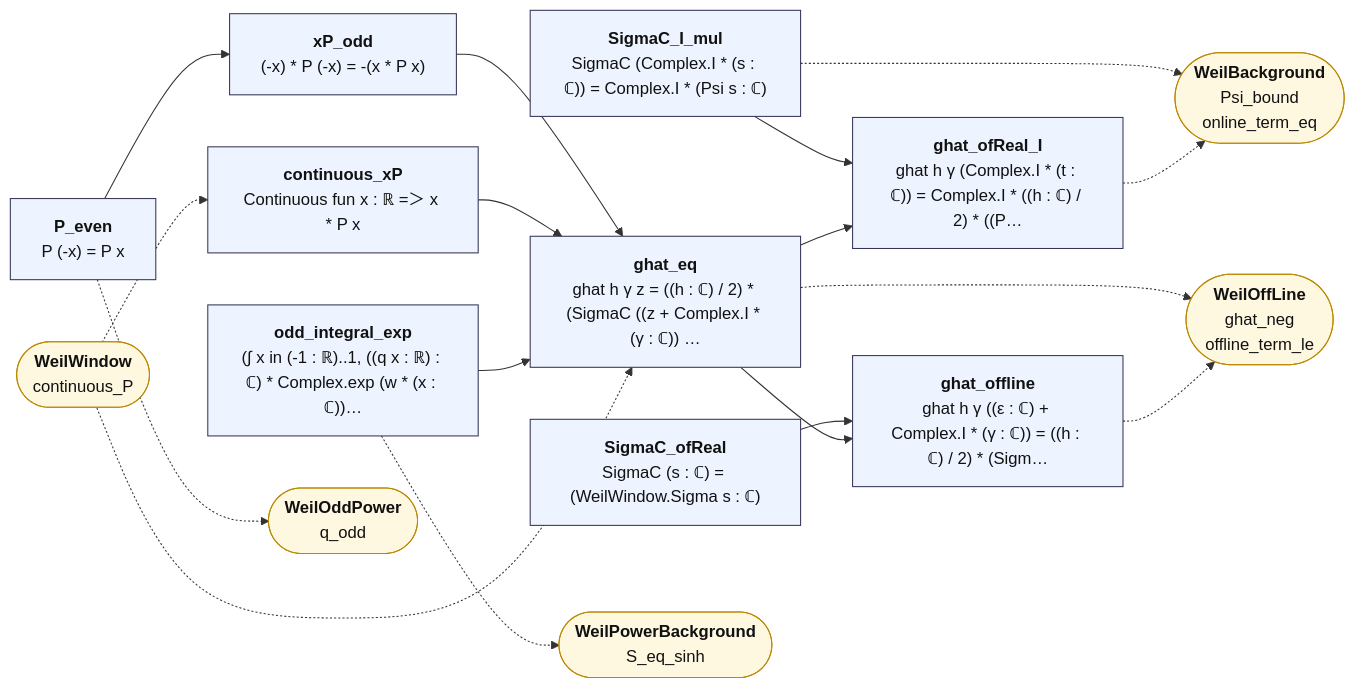
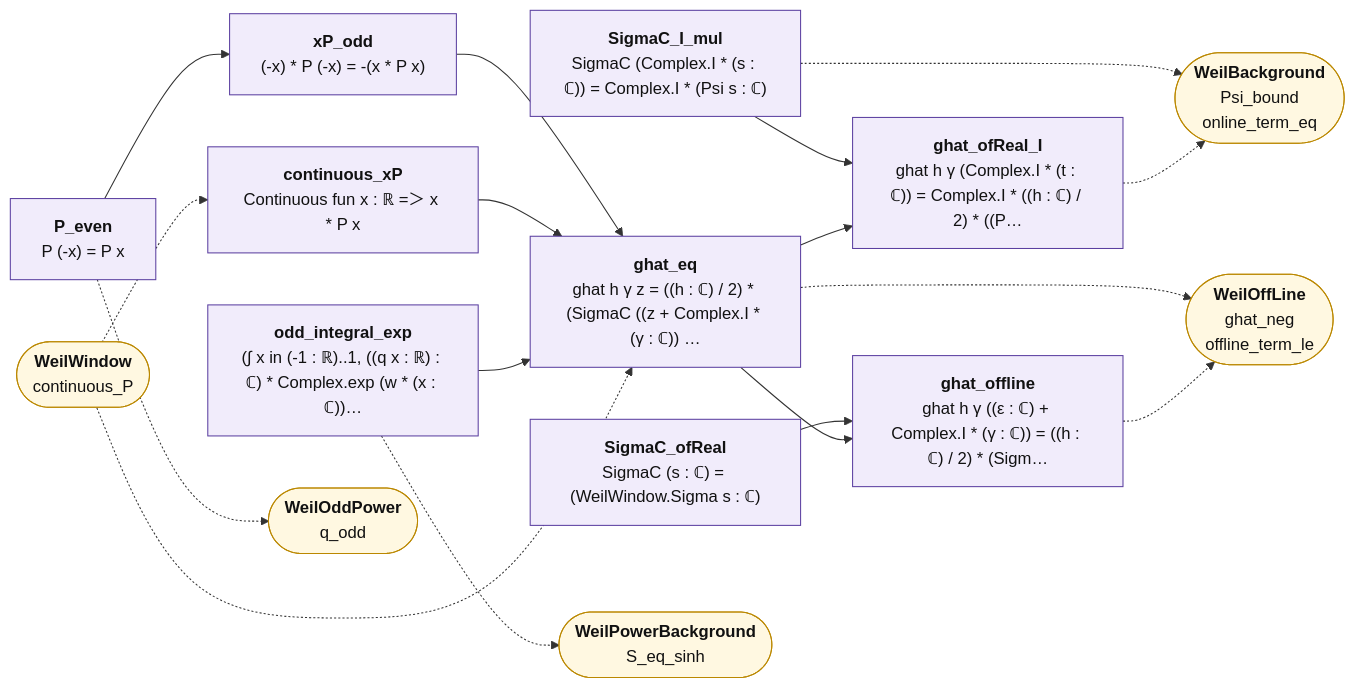
One commit to juliansambranojr/Primebeat_081426 changed the diagram in map/lean_stage3/WeilTransform.md. Above: the diagram before and after it, drawn with Mermaid. The commit also changed other lines of this file and 398 other files, not shown here.

````diff
--- a/map/lean_stage3/WeilTransform.md
+++ b/map/lean_stage3/WeilTransform.md
@@ -12,38 +12,41 @@
 ```mermaid
 flowchart LR
-  n0["<b>P_even</b><br/>P (-x) = P x"]:::thm
-  n1["<b>xP_odd</b><br/>(-x) * P (-x) = -(x * P x)"]:::thm
-  n2["<b>continuous_xP</b><br/>Continuous fun x : ℝ =＞ x * P x"]:::thm
-  n3["<b>SigmaC_ofReal</b><br/>SigmaC (s : ℂ) = (WeilWindow.Sigma s : ℂ)"]:::thm
-  n4["<b>SigmaC_I_mul</b><br/>SigmaC (Complex.I * (s : ℂ)) = Complex.I * (Psi s : ℂ)"]:::thm
-  n5["<b>odd_integral_exp</b><br/>(∫ x in (-1 : ℝ)..1, ((q x : ℝ) : ℂ) * Complex.exp (w * (x : ℂ))…"]:::thm
-  n6["<b>ghat_eq</b><br/>ghat h γ z = ((h : ℂ) / 2) * (SigmaC ((z + Complex.I * (γ : ℂ)) …"]:::thm
-  n7["<b>ghat_ofReal_I</b><br/>ghat h γ (Complex.I * (t : ℂ)) = Complex.I * ((h : ℂ) / 2) * ((P…"]:::thm
-  n8["<b>ghat_offline</b><br/>ghat h γ ((ε : ℂ) + Complex.I * (γ : ℂ)) = ((h : ℂ) / 2) * (Sigm…"]:::thm
+  n0["<b>P_even</b><br/>P (-x) = P x"]:::shp
+  n1["<b>xP_odd</b><br/>(-x) * P (-x) = -(x * P x)"]:::shp
+  n2["<b>continuous_xP</b><br/>Continuous fun x : ℝ =＞ x * P x"]:::shp
+  n3["<b>SigmaC_ofReal</b><br/>SigmaC (s : ℂ) = (WeilWindow.Sigma s : ℂ)"]:::shp
+  n4["<b>SigmaC_I_mul</b><br/>SigmaC (Complex.I * (s : ℂ)) = Complex.I * (Psi s : ℂ)"]:::shp
+  n5["<b>odd_integral_exp</b><br/>(∫ x in (-1 : ℝ)..1, ((q x : ℝ) : ℂ) * Complex.exp (w * (x : ℂ))…"]:::shp
+  n6["<b>ghat_eq</b><br/>ghat h γ z = ((h : ℂ) / 2) * (SigmaC ((z + Complex.I * (γ : ℂ)) …"]:::shp
+  n7["<b>ghat_ofReal_I</b><br/>ghat h γ (Complex.I * (t : ℂ)) = Complex.I * ((h : ℂ) / 2) * ((P…"]:::shp
+  n8["<b>ghat_offline</b><br/>ghat h γ ((ε : ℂ) + Complex.I * (γ : ℂ)) = ((h : ℂ) / 2) * (Sigm…"]:::shp
   x0(["<b>WeilOddPower</b><br/>q_odd"]):::ext
   x1(["<b>WeilWindow</b><br/>continuous_P"]):::ext
   x2(["<b>WeilBackground</b><br/>Psi_bound<br/>online_term_eq"]):::ext
   x3(["<b>WeilPowerBackground</b><br/>S_eq_sinh"]):::ext
   x4(["<b>WeilOffLine</b><br/>ghat_neg<br/>offline_term_le"]):::ext
   n0 --> n1
   n1 --> n6
   n2 --> n6
   n3 --> n8
   n4 --> n7
   n5 --> n6
   n6 --> n7
   n6 --> n8
   n0 -.-> x0
   n4 -.-> x2
   n5 -.-> x3
   n6 -.-> x4
   n7 -.-> x2
   n8 -.-> x4
   x1 -.-> n2
   x1 -.-> n6
+  classDef cnt fill:#dff5ec,stroke:#17694a,color:#111
+  classDef shp fill:#f1ecfb,stroke:#5b3fa0,color:#111
+  classDef rh fill:#ffe5e5,stroke:#c22,color:#111,stroke-width:2px
   classDef thm fill:#eef4ff,stroke:#335,color:#111
   classDef end_ fill:#e7f7e7,stroke:#2a7,color:#111,stroke-width:2px
   classDef lone fill:#fff,stroke:#999,color:#111,stroke-dasharray:4 3
   classDef bad fill:#ffe5e5,stroke:#c22,color:#111,stroke-width:2px
   classDef ext fill:#fff8e1,stroke:#b80,color:#111
 ```
````
